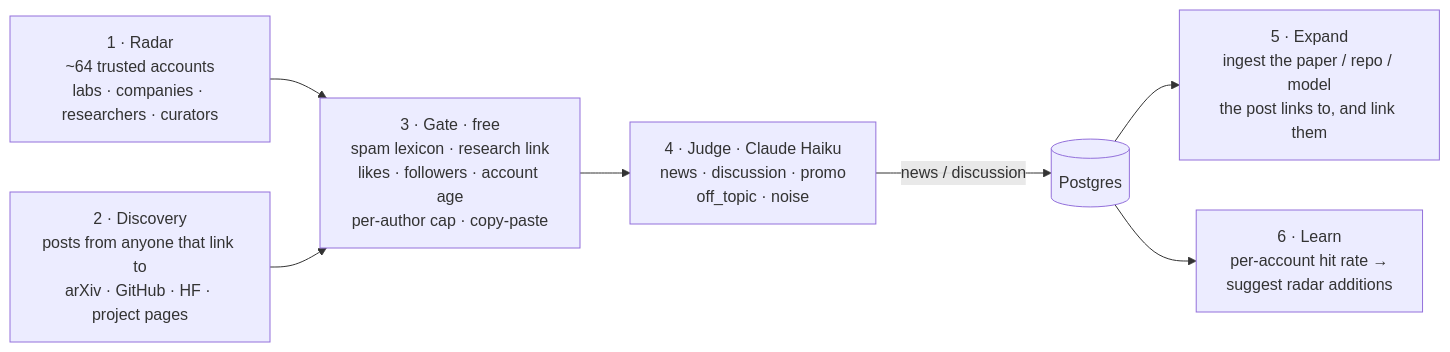
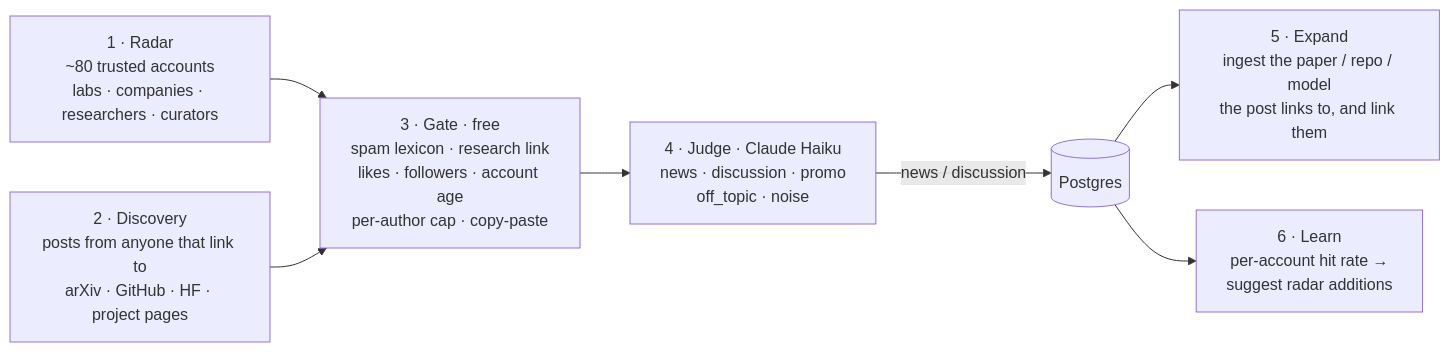
Before and after one commit to bennytay/scout: the diagram in README.md, drawn with Mermaid. The commit also changed other lines of this file and 21 other files, not shown here.

````diff
--- a/README.md
+++ b/README.md
@@ -21,9 +29,9 @@
 ```mermaid
 flowchart LR
-  R[1 · Radar<br/>~64 trusted accounts<br/>labs · companies · researchers · curators] --> G
+  R[1 · Radar<br/>~80 trusted accounts<br/>labs · companies · researchers · curators] --> G
   D[2 · Discovery<br/>posts from anyone that link to<br/>arXiv · GitHub · HF · project pages] --> G
   G[3 · Gate · free<br/>spam lexicon · research link<br/>likes · followers · account age<br/>per-author cap · copy-paste] --> J
   J[4 · Judge · Claude Haiku<br/>news · discussion · promo<br/>off_topic · noise] -->|news / discussion| S[(Postgres)]
   S --> E[5 · Expand<br/>ingest the paper / repo / model<br/>the post links to, and link them]
   S --> L[6 · Learn<br/>per-account hit rate →<br/>suggest radar additions]
 ```
````
